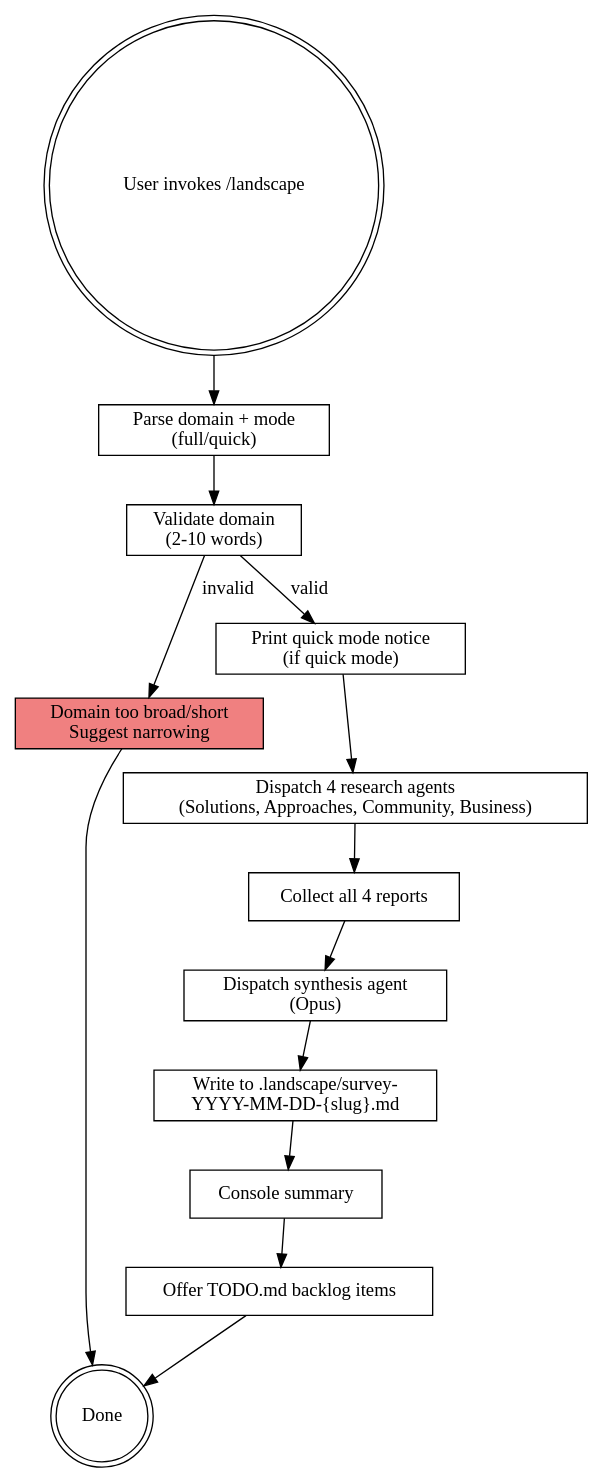
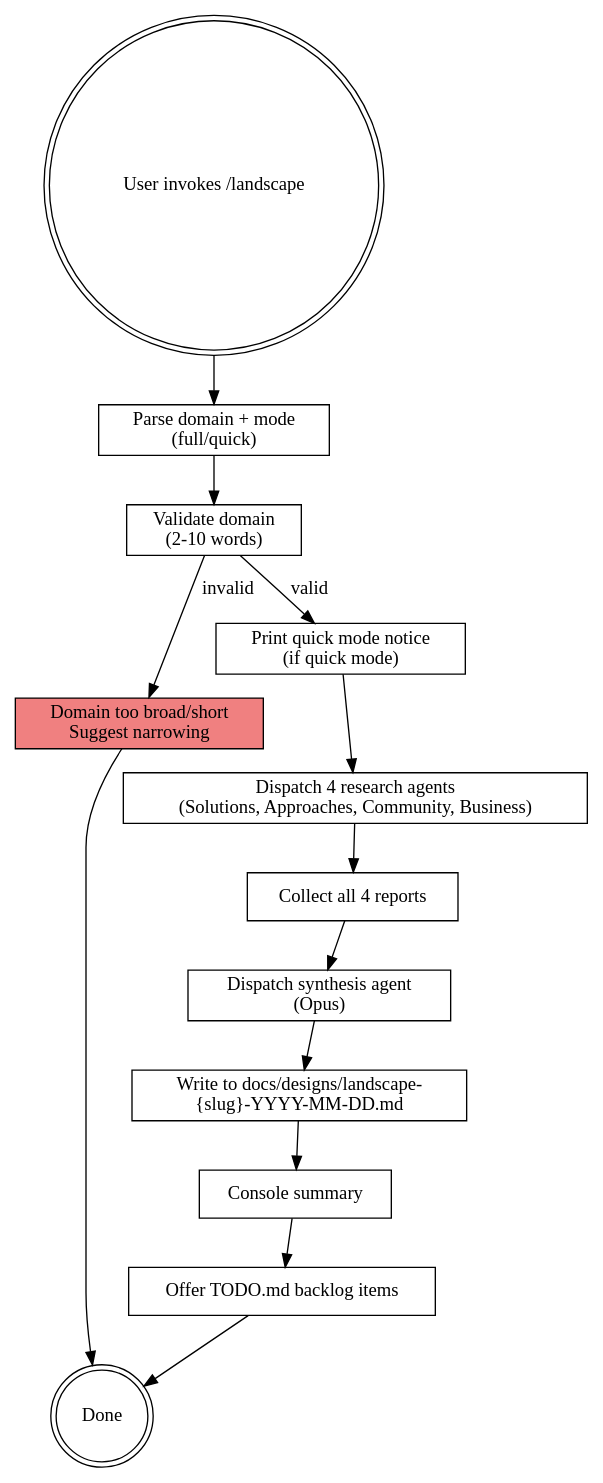
Before and after one commit to KwanwooLee36/dispatch: the diagram in skills/landscape/SKILL.md, drawn with Graphviz. The commit also changed other lines of this file and 7 other files, not shown here.

First line of the commit message:
feat: consolidate all skill outputs to docs/designs/ as single write location

````diff
--- a/skills/landscape/SKILL.md
+++ b/skills/landscape/SKILL.md
@@ -311,32 +311,32 @@
 ```dot
 digraph landscape_flow {
     rankdir=TB;
     node [shape=box];
 
     start [label="User invokes /landscape" shape=doublecircle];
     parse [label="Parse domain + mode\n(full/quick)"];
     validate [label="Validate domain\n(2-10 words)"];
     invalid [label="Domain too broad/short\nSuggest narrowing" shape=box style=filled fillcolor=lightcoral];
     notice [label="Print quick mode notice\n(if quick mode)"];
     dispatch [label="Dispatch 4 research agents\n(Solutions, Approaches, Community, Business)"];
     collect [label="Collect all 4 reports"];
     synthesis [label="Dispatch synthesis agent\n(Opus)"];
-    write [label="Write to .landscape/survey-\nYYYY-MM-DD-{slug}.md"];
+    write [label="Write to docs/designs/landscape-\n{slug}-YYYY-MM-DD.md"];
     summary [label="Console summary"];
     backlog [label="Offer TODO.md backlog items"];
     end [label="Done" shape=doublecircle];
 
     start -> parse;
     parse -> validate;
     validate -> invalid [label="invalid"];
     invalid -> end;
     validate -> notice [label="valid"];
     notice -> dispatch;
     dispatch -> collect;
     collect -> synthesis;
     synthesis -> write;
     write -> summary;
     summary -> backlog;
     backlog -> end;
 }
 ```
````
